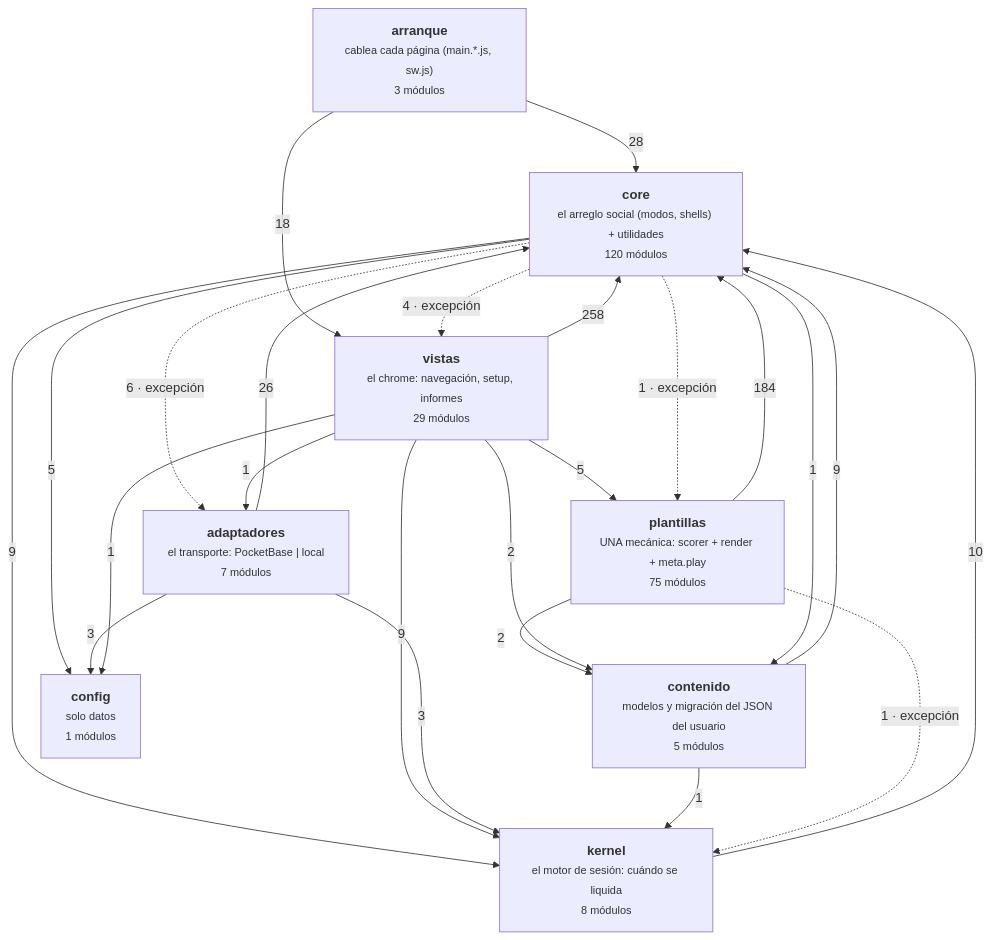
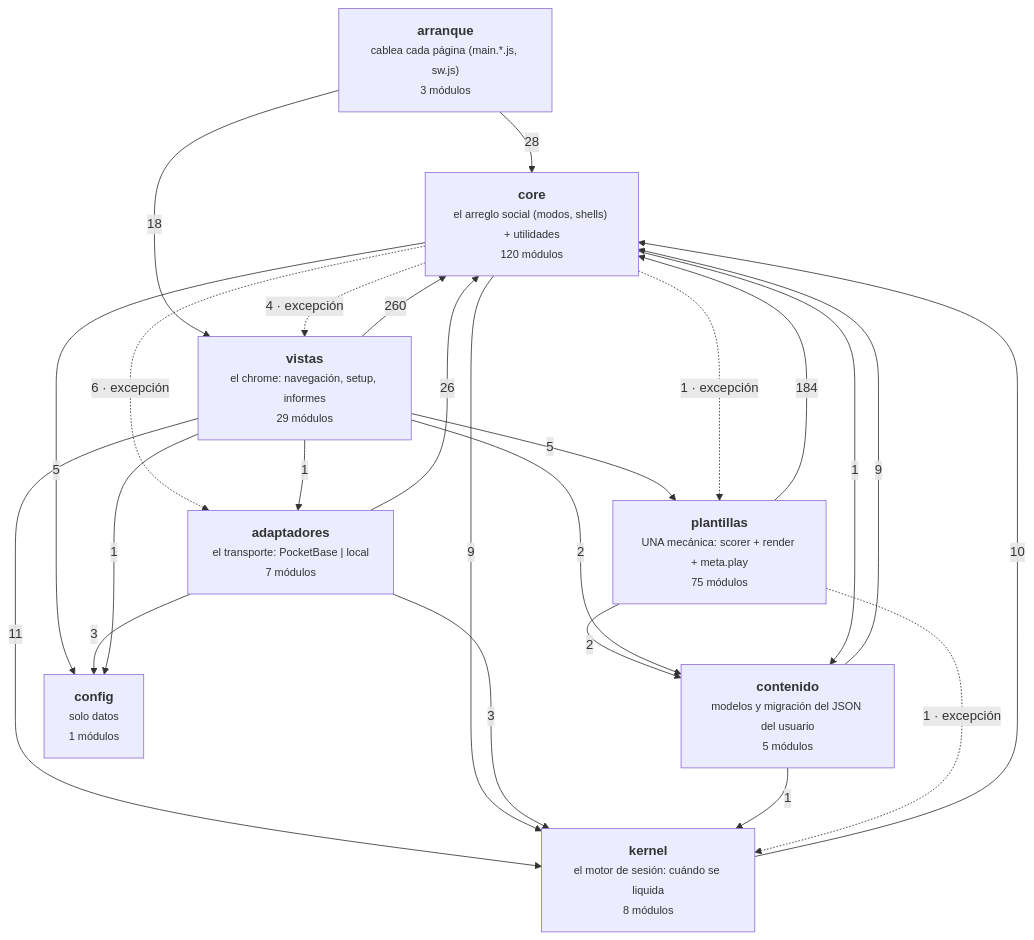
Before and after one commit to duecaz/ac: the diagram in docs/arquitectura-modulos.md, drawn with Mermaid. The commit also changed other lines of this file and 16 other files, not shown here.

````diff
--- a/docs/arquitectura-modulos.md
+++ b/docs/arquitectura-modulos.md
@@ -49,34 +49,34 @@
 ```mermaid
 graph TD
   A["<b>arranque</b><br/><small>cablea cada página (main.*.js, sw.js)</small><br/><small>3 módulos</small>"]
   V["<b>vistas</b><br/><small>el chrome: navegación, setup, informes</small><br/><small>29 módulos</small>"]
   AD["<b>adaptadores</b><br/><small>el transporte: PocketBase | local</small><br/><small>7 módulos</small>"]
   C["<b>core</b><br/><small>el arreglo social (modos, shells) + utilidades</small><br/><small>120 módulos</small>"]
   K["<b>kernel</b><br/><small>el motor de sesión: cuándo se liquida</small><br/><small>8 módulos</small>"]
   T["<b>plantillas</b><br/><small>UNA mecánica: scorer + render + meta.play</small><br/><small>75 módulos</small>"]
   CO["<b>contenido</b><br/><small>modelos y migración del JSON del usuario</small><br/><small>5 módulos</small>"]
   CF["<b>config</b><br/><small>solo datos</small><br/><small>1 módulos</small>"]
-  V -->|258| C
+  V -->|260| C
   T -->|184| C
   A -->|28| C
   AD -->|26| C
   A -->|18| V
+  V -->|11| K
   K -->|10| C
   C -->|9| K
   CO -->|9| C
-  V -->|9| K
   C -.->|6 · excepción| AD
   C -->|5| CF
   V -->|5| T
   C -.->|4 · excepción| V
   AD -->|3| CF
   AD -->|3| K
   T -->|2| CO
   V -->|2| CO
   C -.->|1 · excepción| T
   C -->|1| CO
   CO -->|1| K
   T -.->|1 · excepción| K
   V -->|1| AD
   V -->|1| CF
 ```
````
